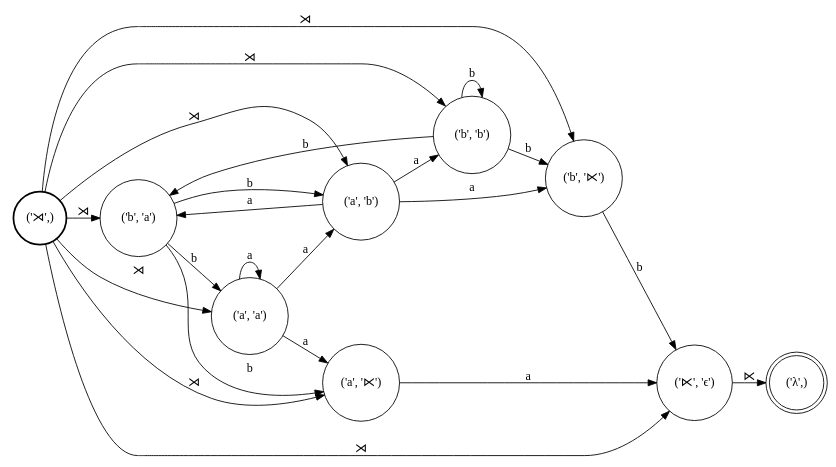
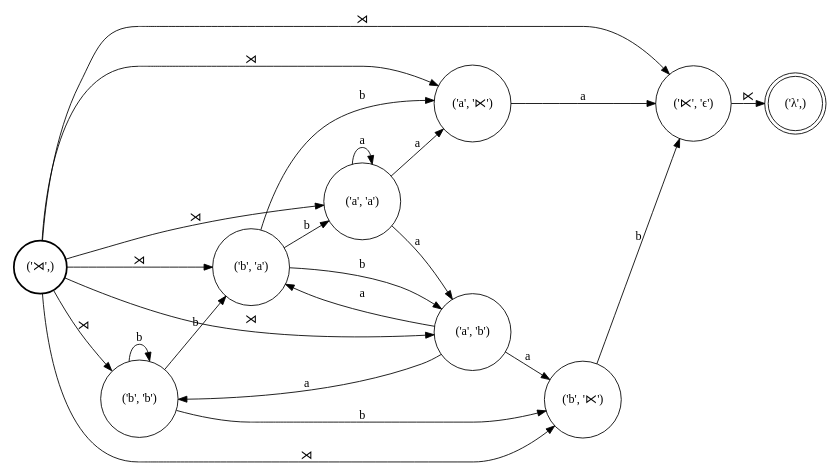
One commit to colincwilson/wynini changed the diagram in demo/R.dot. Above: the diagram before and after it, drawn with Graphviz. The commit also changed 7 other files, not shown here.

```diff
--- a/demo/R.dot
+++ b/demo/R.dot
@@ -1,39 +1,39 @@
 digraph FST {
 rankdir = LR;
 size = "8.5,11";
 center = 1;
 orientation = Portrait;
 ranksep = "0.4";
 nodesep = "0.25";
 8 [label = "('⋊',)", shape = circle, style = bold, fontsize = 14]
+	8 -> 1 [label = "⋊", fontsize = 14];
+	8 -> 4 [label = "⋊", fontsize = 14];
 	8 -> 7 [label = "⋊", fontsize = 14];
+	8 -> 5 [label = "⋊", fontsize = 14];
+	8 -> 2 [label = "⋊", fontsize = 14];
+	8 -> 3 [label = "⋊", fontsize = 14];
 	8 -> 6 [label = "⋊", fontsize = 14];
-	8 -> 1 [label = "⋊", fontsize = 14];
-	8 -> 3 [label = "⋊", fontsize = 14];
-	8 -> 4 [label = "⋊", fontsize = 14];
-	8 -> 2 [label = "⋊", fontsize = 14];
-	8 -> 5 [label = "⋊", fontsize = 14];
 0 [label = "('λ',)", shape = doublecircle, style = solid, fontsize = 14]
 1 [label = "('⋉', 'ϵ')", shape = circle, style = solid, fontsize = 14]
 	1 -> 0 [label = "⋉", fontsize = 14];
-2 [label = "('a', '⋉')", shape = circle, style = solid, fontsize = 14]
-	2 -> 1 [label = "a", fontsize = 14];
-3 [label = "('b', '⋉')", shape = circle, style = solid, fontsize = 14]
-	3 -> 1 [label = "b", fontsize = 14];
-4 [label = "('a', 'b')", shape = circle, style = solid, fontsize = 14]
-	4 -> 3 [label = "a", fontsize = 14];
-	4 -> 5 [label = "a", fontsize = 14];
-	4 -> 7 [label = "a", fontsize = 14];
-5 [label = "('b', 'b')", shape = circle, style = solid, fontsize = 14]
-	5 -> 3 [label = "b", fontsize = 14];
-	5 -> 5 [label = "b", fontsize = 14];
-	5 -> 7 [label = "b", fontsize = 14];
-6 [label = "('a', 'a')", shape = circle, style = solid, fontsize = 14]
-	6 -> 2 [label = "a", fontsize = 14];
-	6 -> 6 [label = "a", fontsize = 14];
-	6 -> 4 [label = "a", fontsize = 14];
-7 [label = "('b', 'a')", shape = circle, style = solid, fontsize = 14]
-	7 -> 2 [label = "b", fontsize = 14];
-	7 -> 6 [label = "b", fontsize = 14];
-	7 -> 4 [label = "b", fontsize = 14];
+2 [label = "('b', '⋉')", shape = circle, style = solid, fontsize = 14]
+	2 -> 1 [label = "b", fontsize = 14];
+3 [label = "('a', '⋉')", shape = circle, style = solid, fontsize = 14]
+	3 -> 1 [label = "a", fontsize = 14];
+4 [label = "('b', 'b')", shape = circle, style = solid, fontsize = 14]
+	4 -> 2 [label = "b", fontsize = 14];
+	4 -> 4 [label = "b", fontsize = 14];
+	4 -> 6 [label = "b", fontsize = 14];
+5 [label = "('a', 'b')", shape = circle, style = solid, fontsize = 14]
+	5 -> 2 [label = "a", fontsize = 14];
+	5 -> 4 [label = "a", fontsize = 14];
+	5 -> 6 [label = "a", fontsize = 14];
+6 [label = "('b', 'a')", shape = circle, style = solid, fontsize = 14]
+	6 -> 3 [label = "b", fontsize = 14];
+	6 -> 7 [label = "b", fontsize = 14];
+	6 -> 5 [label = "b", fontsize = 14];
+7 [label = "('a', 'a')", shape = circle, style = solid, fontsize = 14]
+	7 -> 3 [label = "a", fontsize = 14];
+	7 -> 7 [label = "a", fontsize = 14];
+	7 -> 5 [label = "a", fontsize = 14];
 }
```
